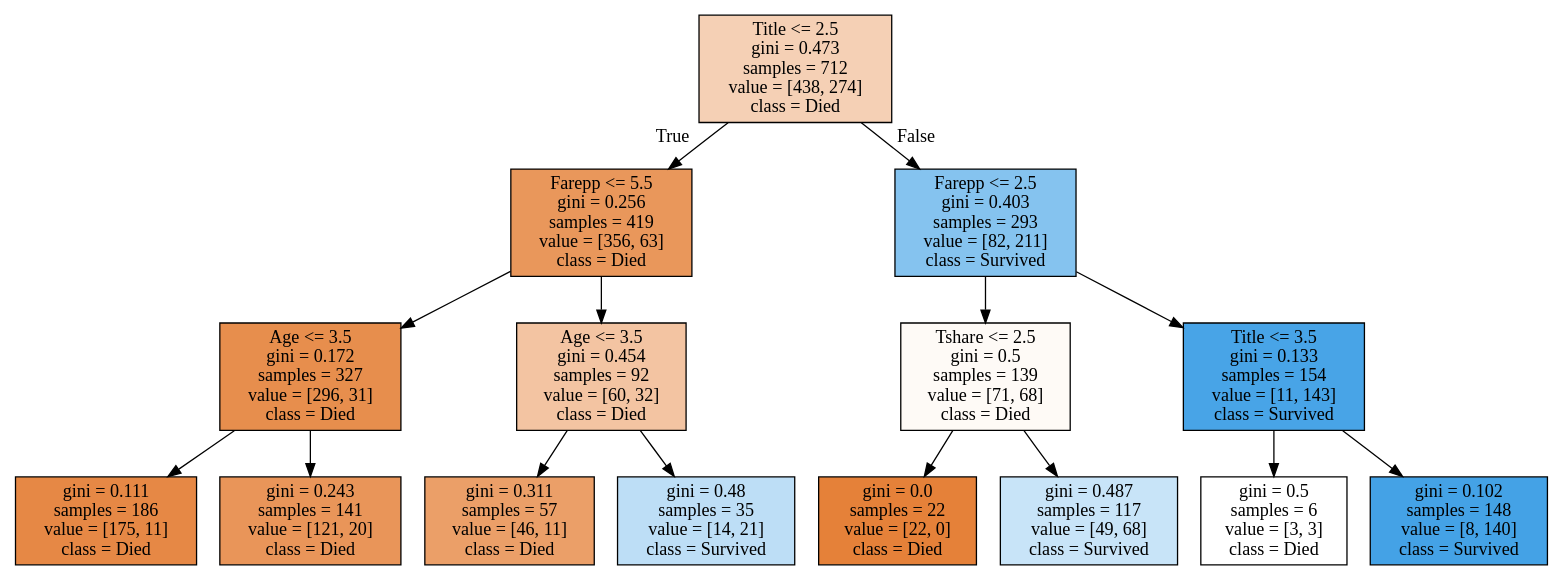
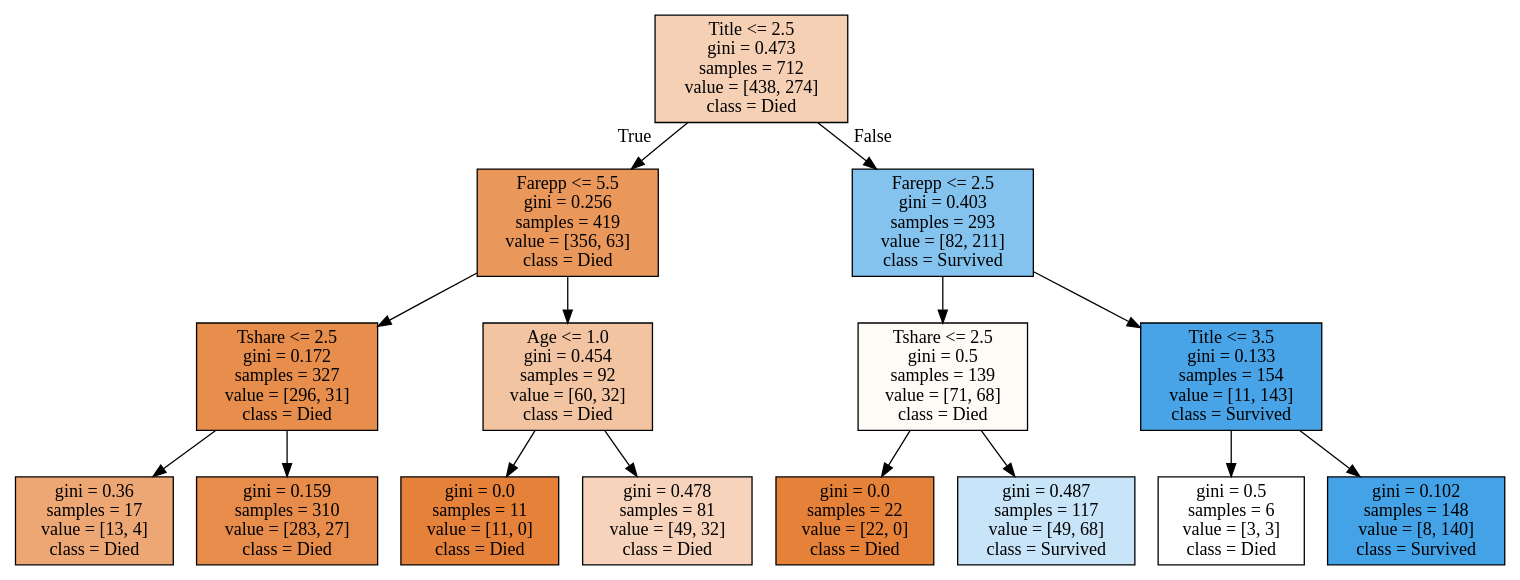
The diagram in tree.dot (jack89roberts/kaggle-titanic), drawn with Graphviz before and after one commit. The commit also changed 1 other file, not shown here.

```diff
--- a/tree.dot
+++ b/tree.dot
@@ -1,32 +1,32 @@
 digraph Tree {
 node [shape=box, style="filled", color="black"] ;
 0 [label="Title <= 2.5\ngini = 0.473\nsamples = 712\nvalue = [438, 274]\nclass = Died", fillcolor="#e581395f"] ;
 1 [label="Farepp <= 5.5\ngini = 0.256\nsamples = 419\nvalue = [356, 63]\nclass = Died", fillcolor="#e58139d2"] ;
 0 -> 1 [labeldistance=2.5, labelangle=45, headlabel="True"] ;
-2 [label="Age <= 3.5\ngini = 0.172\nsamples = 327\nvalue = [296, 31]\nclass = Died", fillcolor="#e58139e4"] ;
+2 [label="Tshare <= 2.5\ngini = 0.172\nsamples = 327\nvalue = [296, 31]\nclass = Died", fillcolor="#e58139e4"] ;
 1 -> 2 ;
-3 [label="gini = 0.111\nsamples = 186\nvalue = [175, 11]\nclass = Died", fillcolor="#e58139ef"] ;
+3 [label="gini = 0.36\nsamples = 17\nvalue = [13, 4]\nclass = Died", fillcolor="#e58139b1"] ;
 2 -> 3 ;
-4 [label="gini = 0.243\nsamples = 141\nvalue = [121, 20]\nclass = Died", fillcolor="#e58139d5"] ;
+4 [label="gini = 0.159\nsamples = 310\nvalue = [283, 27]\nclass = Died", fillcolor="#e58139e7"] ;
 2 -> 4 ;
-5 [label="Age <= 3.5\ngini = 0.454\nsamples = 92\nvalue = [60, 32]\nclass = Died", fillcolor="#e5813977"] ;
+5 [label="Age <= 1.0\ngini = 0.454\nsamples = 92\nvalue = [60, 32]\nclass = Died", fillcolor="#e5813977"] ;
 1 -> 5 ;
-6 [label="gini = 0.311\nsamples = 57\nvalue = [46, 11]\nclass = Died", fillcolor="#e58139c2"] ;
+6 [label="gini = 0.0\nsamples = 11\nvalue = [11, 0]\nclass = Died", fillcolor="#e58139ff"] ;
 5 -> 6 ;
-7 [label="gini = 0.48\nsamples = 35\nvalue = [14, 21]\nclass = Survived", fillcolor="#399de555"] ;
+7 [label="gini = 0.478\nsamples = 81\nvalue = [49, 32]\nclass = Died", fillcolor="#e5813958"] ;
 5 -> 7 ;
 8 [label="Farepp <= 2.5\ngini = 0.403\nsamples = 293\nvalue = [82, 211]\nclass = Survived", fillcolor="#399de59c"] ;
 0 -> 8 [labeldistance=2.5, labelangle=-45, headlabel="False"] ;
 9 [label="Tshare <= 2.5\ngini = 0.5\nsamples = 139\nvalue = [71, 68]\nclass = Died", fillcolor="#e581390b"] ;
 8 -> 9 ;
 10 [label="gini = 0.0\nsamples = 22\nvalue = [22, 0]\nclass = Died", fillcolor="#e58139ff"] ;
 9 -> 10 ;
 11 [label="gini = 0.487\nsamples = 117\nvalue = [49, 68]\nclass = Survived", fillcolor="#399de547"] ;
 9 -> 11 ;
 12 [label="Title <= 3.5\ngini = 0.133\nsamples = 154\nvalue = [11, 143]\nclass = Survived", fillcolor="#399de5eb"] ;
 8 -> 12 ;
 13 [label="gini = 0.5\nsamples = 6\nvalue = [3, 3]\nclass = Died", fillcolor="#e5813900"] ;
 12 -> 13 ;
 14 [label="gini = 0.102\nsamples = 148\nvalue = [8, 140]\nclass = Survived", fillcolor="#399de5f0"] ;
 12 -> 14 ;
 }
```
